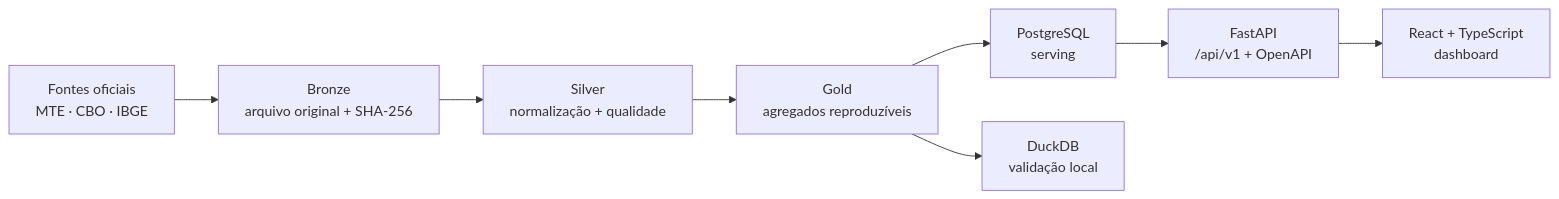
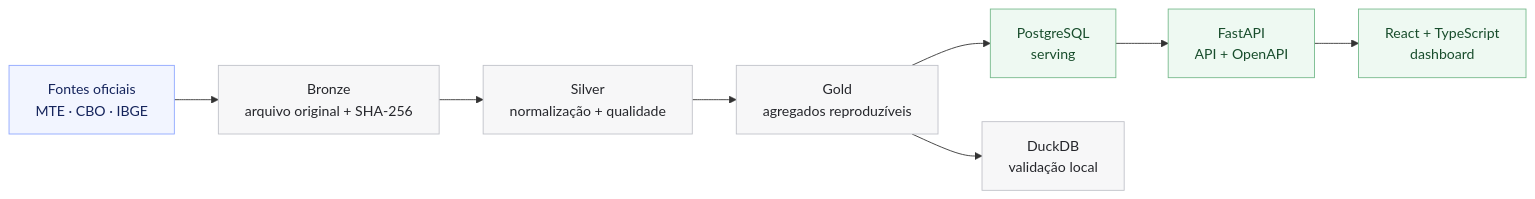
The first of 3 diagrams in README.md (peedrovinicius/mercado-tech-brasil), drawn with Mermaid before and after one commit. The commit also changed other lines of this file and 9 other files, not shown here.

```diff
--- a/README.md
+++ b/README.md
@@ -28,10 +30,17 @@
 ~~~mermaid
 flowchart LR
     A["Fontes oficiais<br/>MTE · CBO · IBGE"] --> B["Bronze<br/>arquivo original + SHA-256"]
     B --> C["Silver<br/>normalização + qualidade"]
     C --> D["Gold<br/>agregados reproduzíveis"]
     D --> E["PostgreSQL<br/>serving"]
     D --> F["DuckDB<br/>validação local"]
-    E --> G["FastAPI<br/>/api/v1 + OpenAPI"]
+    E --> G["FastAPI<br/>API + OpenAPI"]
     G --> H["React + TypeScript<br/>dashboard"]
+
+    classDef source fill:#f2f5ff,stroke:#8ea6ff,color:#15245c
+    classDef data fill:#f7f7f8,stroke:#bfc1c8,color:#25262b
+    classDef serving fill:#eef9f2,stroke:#75b98b,color:#184d2c
+    class A source
+    class B,C,D,F data
+    class E,G,H serving
 ~~~
```
